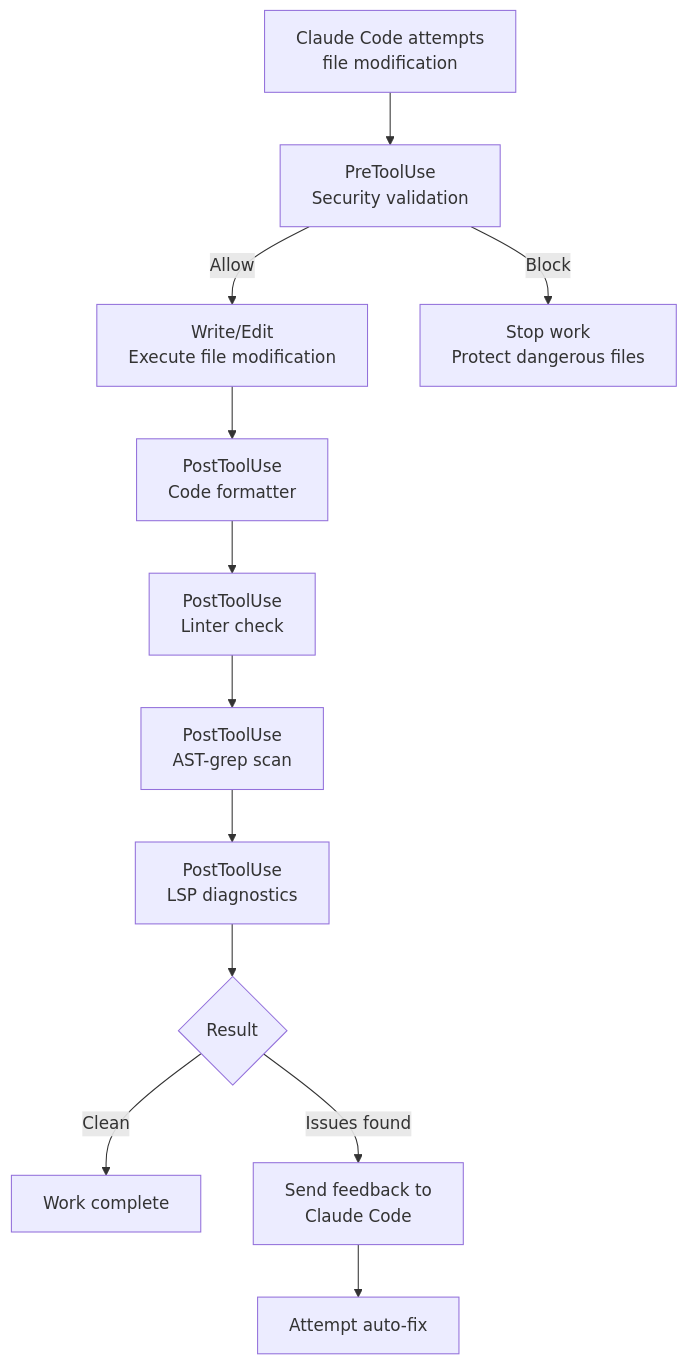
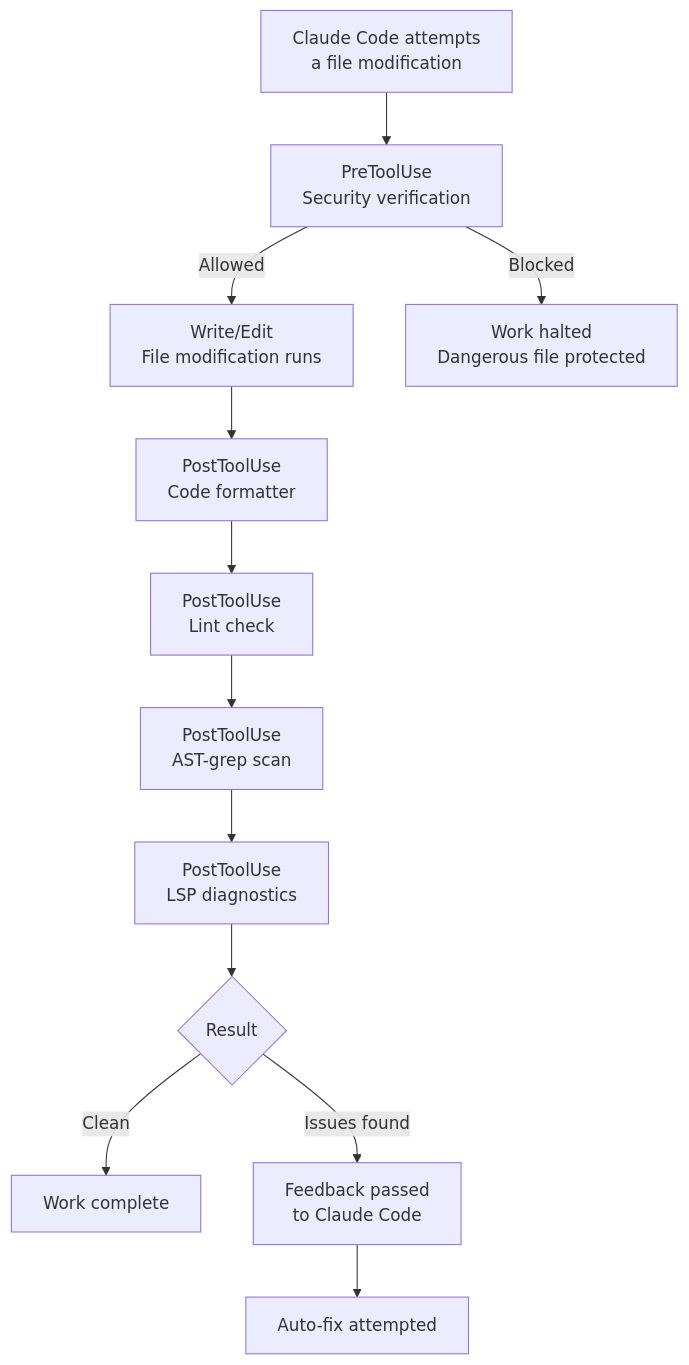
The second of 2 diagrams in docs-site/content/en/advanced/hooks-guide.md (modu-ai/moai-adk), drawn with Mermaid before and after one commit. The commit also changed other lines of this file and 395 other files, not shown here.

````diff
--- a/docs-site/content/en/advanced/hooks-guide.md
+++ b/docs-site/content/en/advanced/hooks-guide.md
@@ -110,17 +147,17 @@
 ```mermaid
 flowchart TD
-    A["Claude Code attempts<br>file modification"] --> B["PreToolUse<br>Security validation"]
+    A["Claude Code attempts<br>a file modification"] --> B["PreToolUse<br>Security verification"]
 
-    B -->|Allow| C["Write/Edit<br>Execute file modification"]
-    B -->|Block| BLOCK["Stop work<br>Protect dangerous files"]
+    B -->|Allowed| C["Write/Edit<br>File modification runs"]
+    B -->|Blocked| BLOCK["Work halted<br>Dangerous file protected"]
 
     C --> D["PostToolUse<br>Code formatter"]
-    D --> E["PostToolUse<br>Linter check"]
+    D --> E["PostToolUse<br>Lint check"]
     E --> F["PostToolUse<br>AST-grep scan"]
     F --> G["PostToolUse<br>LSP diagnostics"]
 
     G --> H{Result}
     H -->|Clean| I["Work complete"]
-    H -->|Issues found| J["Send feedback to<br>Claude Code"]
-    J --> K["Attempt auto-fix"]
+    H -->|Issues found| J["Feedback passed<br>to Claude Code"]
+    J --> K["Auto-fix attempted"]
 ```
````
